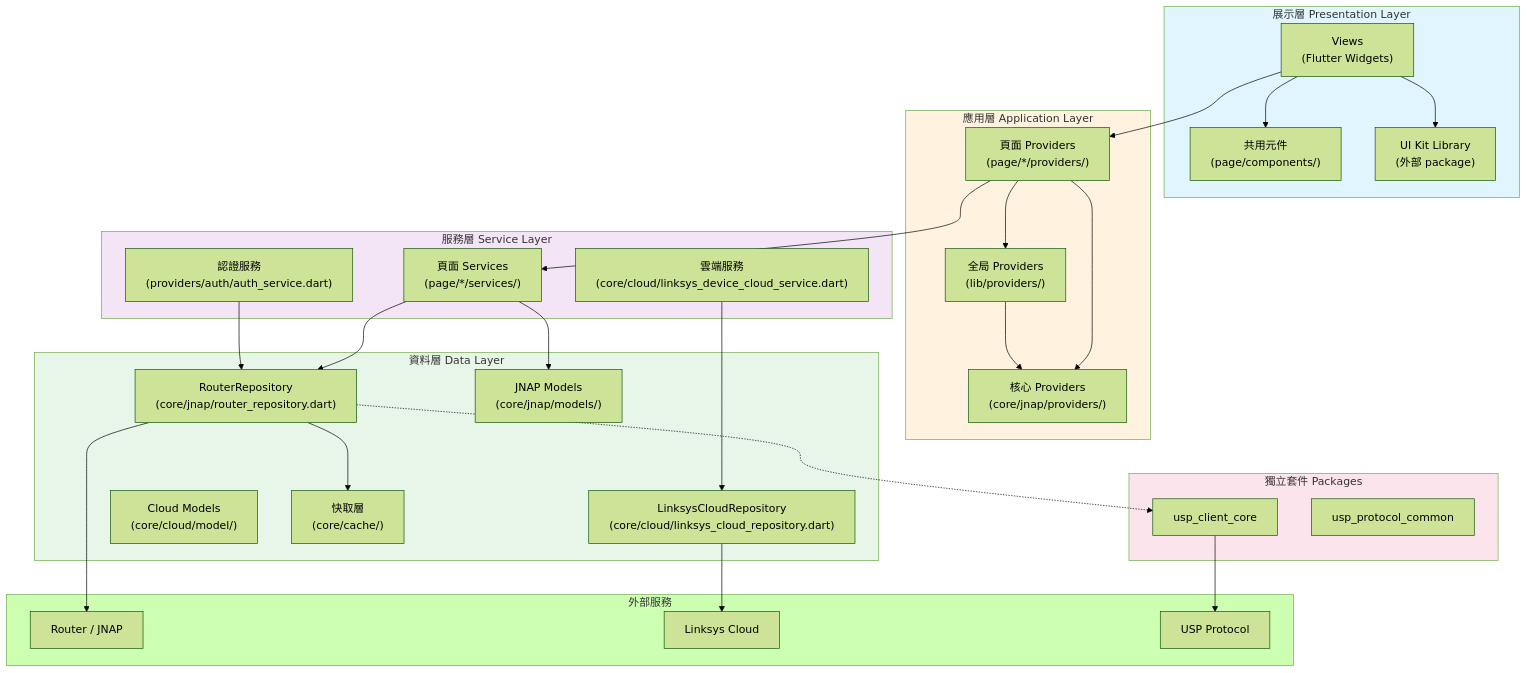
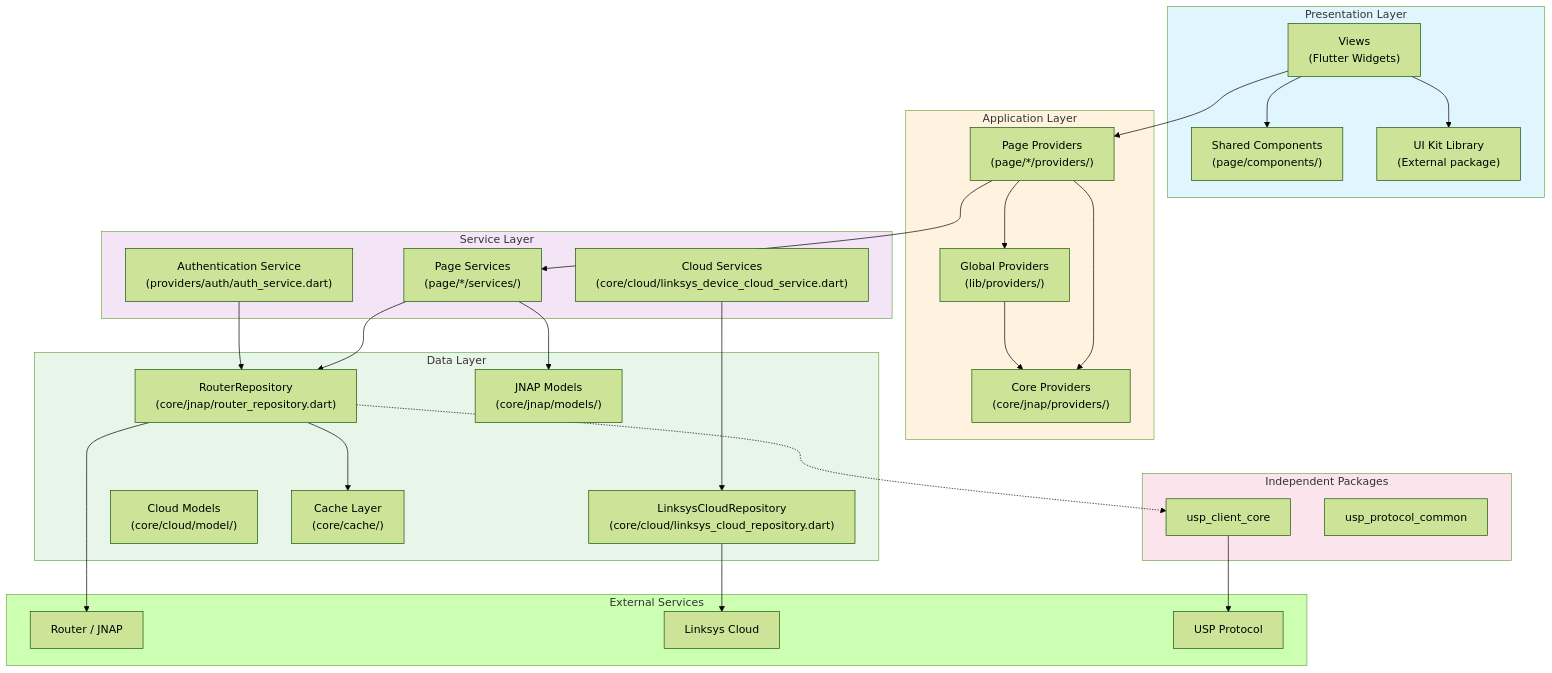
Before and after one commit to linksys/PrivacyGUI: the first of 12 diagrams in doc/architecture_analysis_2026-01-16.md, drawn with Mermaid (forest theme). The commit also changed other lines of this file and 58 other files, not shown here.

````diff
--- a/doc/architecture_analysis_2026-01-16.md
+++ b/doc/architecture_analysis_2026-01-16.md
@@ -9,66 +9,66 @@
 ```mermaid
 graph TB
-    subgraph External["外部服務"]
+    subgraph External["External Services"]
         Router["Router / JNAP"]
         Cloud["Linksys Cloud"]
         USP["USP Protocol"]
     end
     
-    subgraph PresentationLayer["展示層 Presentation Layer"]
+    subgraph PresentationLayer["Presentation Layer"]
         Views["Views<br/>(Flutter Widgets)"]
-        Components["共用元件<br/>(page/components/)"]
-        UIKit["UI Kit Library<br/>(外部 package)"]
+        Components["Shared Components<br/>(page/components/)"]
+        UIKit["UI Kit Library<br/>(External package)"]
     end
     
-    subgraph ApplicationLayer["應用層 Application Layer"]
-        PageProviders["頁面 Providers<br/>(page/*/providers/)"]
-        GlobalProviders["全局 Providers<br/>(lib/providers/)"]
-        CoreProviders["核心 Providers<br/>(core/jnap/providers/)"]
+    subgraph ApplicationLayer["Application Layer"]
+        PageProviders["Page Providers<br/>(page/*/providers/)"]
+        GlobalProviders["Global Providers<br/>(lib/providers/)"]
+        CoreProviders["Core Providers<br/>(core/jnap/providers/)"]
     end
     
-    subgraph ServiceLayer["服務層 Service Layer"]
-        PageServices["頁面 Services<br/>(page/*/services/)"]
-        AuthService["認證服務<br/>(providers/auth/auth_service.dart)"]
-        CloudService["雲端服務<br/>(core/cloud/linksys_device_cloud_service.dart)"]
+    subgraph ServiceLayer["Service Layer"]
+        PageServices["Page Services<br/>(page/*/services/)"]
+        AuthService["Authentication Service<br/>(providers/auth/auth_service.dart)"]
+        CloudService["Cloud Services<br/>(core/cloud/linksys_device_cloud_service.dart)"]
     end
     
-    subgraph DataLayer["資料層 Data Layer"]
+    subgraph DataLayer["Data Layer"]
         RouterRepo["RouterRepository<br/>(core/jnap/router_repository.dart)"]
         CloudRepo["LinksysCloudRepository<br/>(core/cloud/linksys_cloud_repository.dart)"]
         JnapModels["JNAP Models<br/>(core/jnap/models/)"]
         CloudModels["Cloud Models<br/>(core/cloud/model/)"]
-        Cache["快取層<br/>(core/cache/)"]
+        Cache["Cache Layer<br/>(core/cache/)"]
     end
     
-    subgraph PackagesLayer["獨立套件 Packages"]
+    subgraph PackagesLayer["Independent Packages"]
         UspCore["usp_client_core"]
         UspCommon["usp_protocol_common"]
     end
     
     Views --> Components
     Views --> UIKit
     Views --> PageProviders
     
     PageProviders --> PageServices
     PageProviders --> GlobalProviders
     PageProviders --> CoreProviders
     
     GlobalProviders --> CoreProviders
     
     PageServices --> RouterRepo
     PageServices --> JnapModels
     AuthService --> RouterRepo
     CloudService --> CloudRepo
     
     RouterRepo --> Router
     RouterRepo --> Cache
     CloudRepo --> Cloud
     RouterRepo -.-> UspCore
     UspCore --> USP
     
     style PresentationLayer fill:#e1f5fe
     style ApplicationLayer fill:#fff3e0
     style ServiceLayer fill:#f3e5f5
     style DataLayer fill:#e8f5e9
     style PackagesLayer fill:#fce4ec
 ```
````
